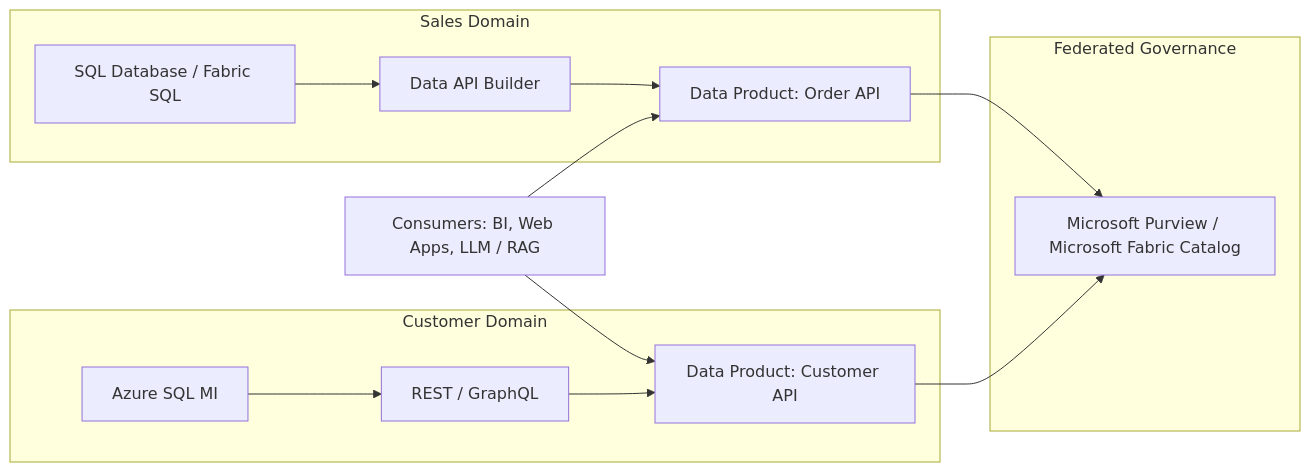
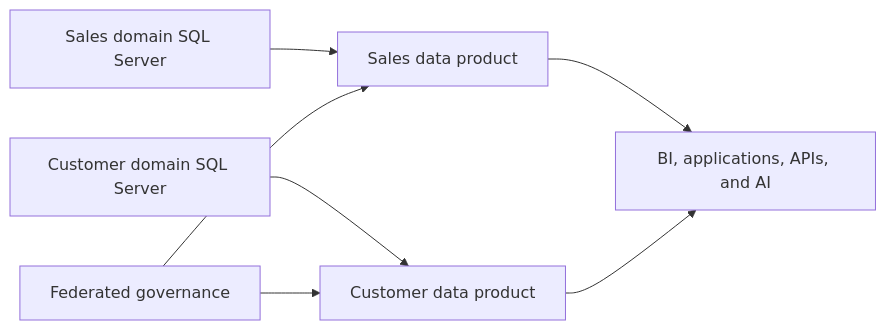
The first of 2 diagrams in certification/12-other-topics/01-architectures-eav-datamesh-sqlserver.md (jucelinoss/dp-800-study-guide), drawn with Mermaid before and after one commit. The commit also changed other lines of this file and 17 other files, not shown here.

Commit message:
docs: expand data architecture topic guides

````diff
--- a/certification/12-other-topics/01-architectures-eav-datamesh-sqlserver.md
+++ b/certification/12-other-topics/01-architectures-eav-datamesh-sqlserver.md
@@ -100,21 +29,9 @@
 ```mermaid
-graph LR
-    subgraph Sales Domain
-        DB1[SQL Database / Fabric SQL] --> DAB1[Data API Builder]
-        DAB1 --> DP1[Data Product: Order API]
-    end
-
-    subgraph Customer Domain
-        DB2[Azure SQL MI] --> DAB2[REST / GraphQL]
-        DAB2 --> DP2[Data Product: Customer API]
-    end
-
-    subgraph Federated Governance
-        Purview[Microsoft Purview / Microsoft Fabric Catalog]
-    end
-
-    DP1 --> Purview
-    DP2 --> Purview
-    Consumer[Consumers: BI, Web Apps, LLM / RAG] --> DP1
-    Consumer --> DP2
+flowchart LR
+    SalesDB[Sales domain SQL Server] --> SalesProduct[Sales data product]
+    CustomerDB[Customer domain SQL Server] --> CustomerProduct[Customer data product]
+    SalesProduct --> Consumers[BI, applications, APIs, and AI]
+    CustomerProduct --> Consumers
+    Federation[Federated governance] --> SalesProduct
+    Federation --> CustomerProduct
 ```
````
